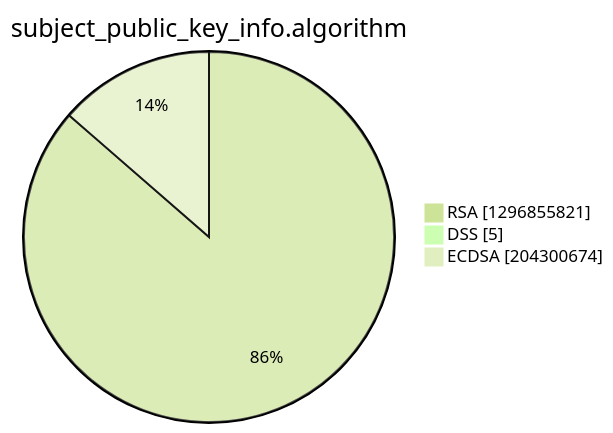
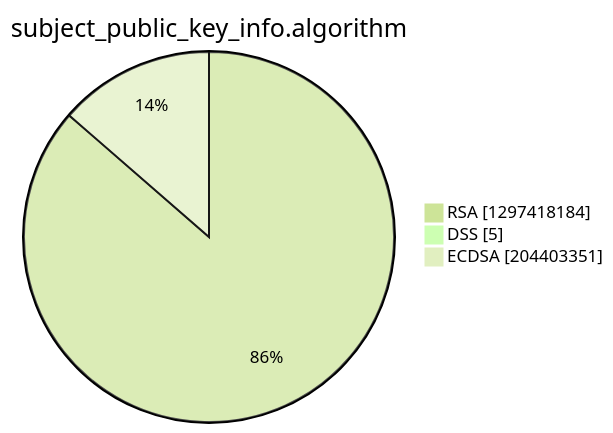
Before and after one commit to christiankrug/ctmonitor_visualization: the third of 15 diagrams in argon2022/README.md, drawn with Mermaid (forest theme). The commit also changed other lines of this file, not shown here.

````diff
--- a/argon2022/README.md
+++ b/argon2022/README.md
@@ -14,7 +14,7 @@
 ```mermaid
 pie showData
 title subject_public_key_info.algorithm
-"RSA" :1296855821
+"RSA" :1297418184
 "DSS" :5
-"ECDSA" :204300674
+"ECDSA" :204403351
 ```
````
